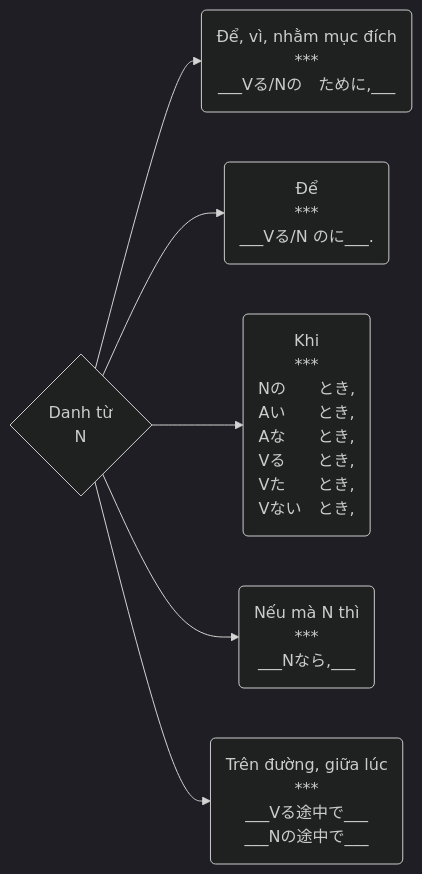
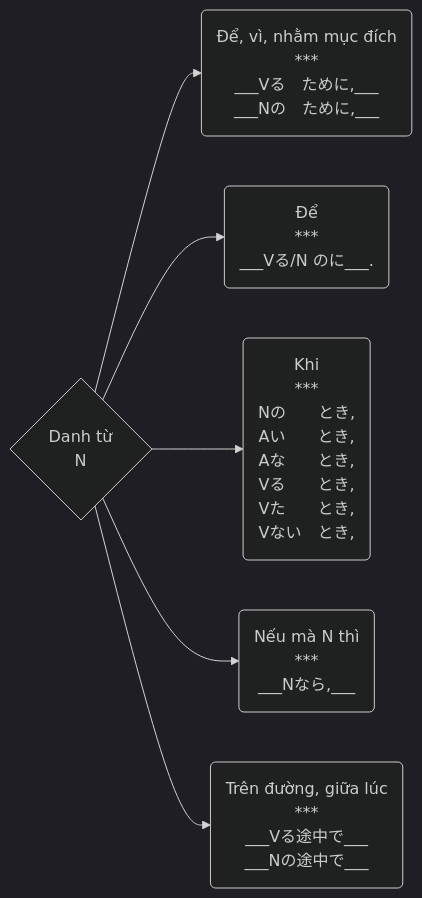
One commit to tea1504/learn changed the diagram in Danh_Tu.md. Above: the diagram before and after it, drawn with Mermaid (dark theme). The commit also changed 3 other files, not shown here.

````diff
--- a/Danh_Tu.md
+++ b/Danh_Tu.md
@@ -1,10 +1,10 @@
 ```mermaid
 graph LR;
     N{Danh từ\nN}
 
-    N-->nhamMucDich(Để, vì, nhằm mục đích\n***\n___Vる/Nの　ために,___)
+    N-->nhamMucDich(Để, vì, nhằm mục đích\n***\n___Vる　ために,___\n___Nの　ために,___)
     N-->de(Để\n***\n___Vる/N のに___.)
     N-->khi(Khi\n***\nNの　　とき,\nAい　　とき,\nAな　　とき,\nVる　　とき,\nVた　　とき,\nVない　とき,)
     N-->neuMaNThi(Nếu mà N thì\n***\n___Nなら,___)
     N-->trenDuongGiuaLuc(Trên đường, giữa lúc\n***\n___Vる途中で___\n___Nの途中で___)
 ```
````
